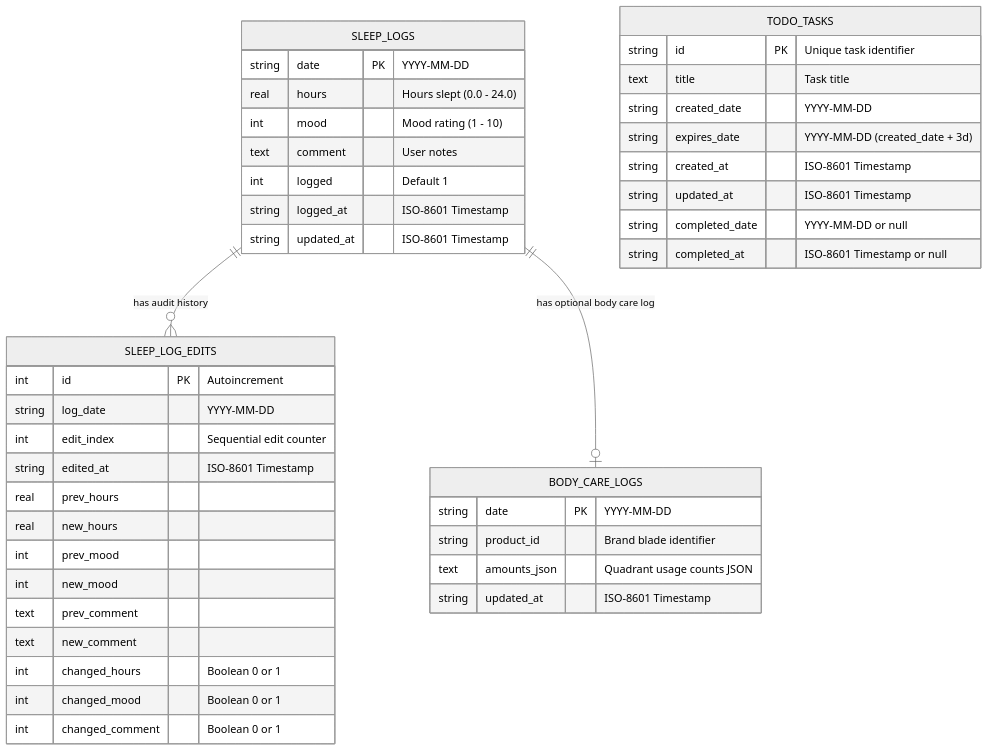
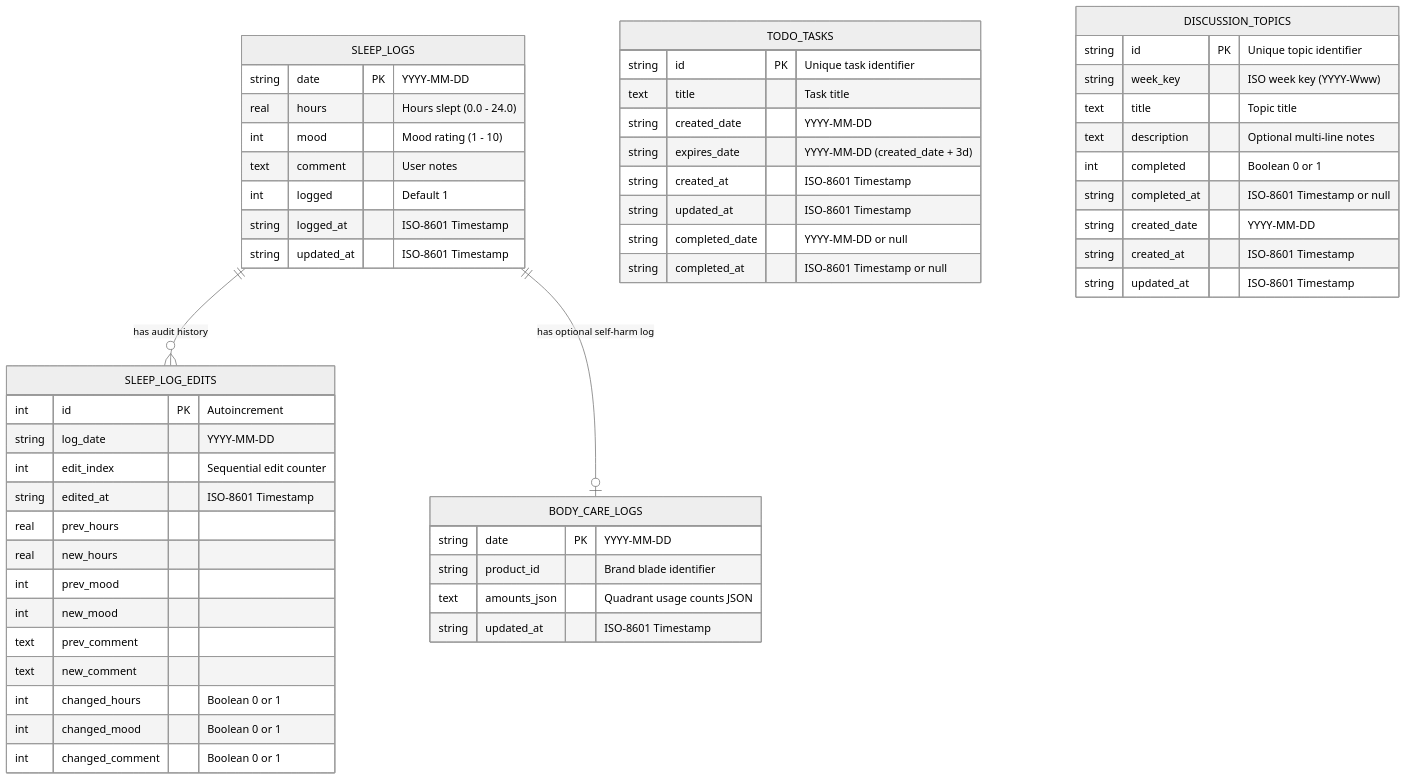
One commit to kvvzie/simple-sleep-journal changed the first of 2 diagrams in DOCS.md. Above: the diagram before and after it, drawn with Mermaid (neutral theme). The commit also changed other lines of this file and 54 other files, not shown here.

````diff
--- a/DOCS.md
+++ b/DOCS.md
@@ -79,46 +89,57 @@
 ```mermaid
 erDiagram
     SLEEP_LOGS {
         string date PK "YYYY-MM-DD"
         real hours "Hours slept (0.0 - 24.0)"
         int mood "Mood rating (1 - 10)"
         text comment "User notes"
         int logged "Default 1"
         string logged_at "ISO-8601 Timestamp"
         string updated_at "ISO-8601 Timestamp"
     }
     SLEEP_LOG_EDITS {
         int id PK "Autoincrement"
         string log_date "YYYY-MM-DD"
         int edit_index "Sequential edit counter"
         string edited_at "ISO-8601 Timestamp"
         real prev_hours
         real new_hours
         int prev_mood
         int new_mood
         text prev_comment
         text new_comment
         int changed_hours "Boolean 0 or 1"
         int changed_mood "Boolean 0 or 1"
         int changed_comment "Boolean 0 or 1"
     }
     BODY_CARE_LOGS {
         string date PK "YYYY-MM-DD"
         string product_id "Brand blade identifier"
         text amounts_json "Quadrant usage counts JSON"
         string updated_at "ISO-8601 Timestamp"
     }
     TODO_TASKS {
         string id PK "Unique task identifier"
         text title "Task title"
         string created_date "YYYY-MM-DD"
         string expires_date "YYYY-MM-DD (created_date + 3d)"
         string created_at "ISO-8601 Timestamp"
         string updated_at "ISO-8601 Timestamp"
         string completed_date "YYYY-MM-DD or null"
         string completed_at "ISO-8601 Timestamp or null"
     }
+    DISCUSSION_TOPICS {
+        string id PK "Unique topic identifier"
+        string week_key "ISO week key (YYYY-Www)"
+        text title "Topic title"
+        text description "Optional multi-line notes"
+        int completed "Boolean 0 or 1"
+        string completed_at "ISO-8601 Timestamp or null"
+        string created_date "YYYY-MM-DD"
+        string created_at "ISO-8601 Timestamp"
+        string updated_at "ISO-8601 Timestamp"
+    }
 
     SLEEP_LOGS ||--o{ SLEEP_LOG_EDITS : "has audit history"
-    SLEEP_LOGS ||--o| BODY_CARE_LOGS : "has optional body care log"
+    SLEEP_LOGS ||--o| BODY_CARE_LOGS : "has optional self-harm log"
 ```
````
